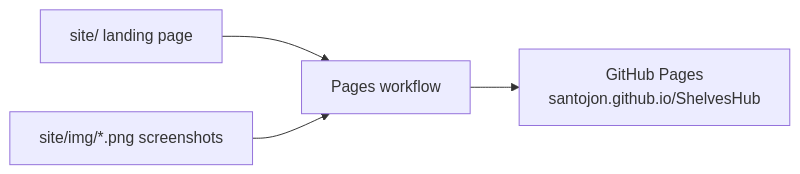
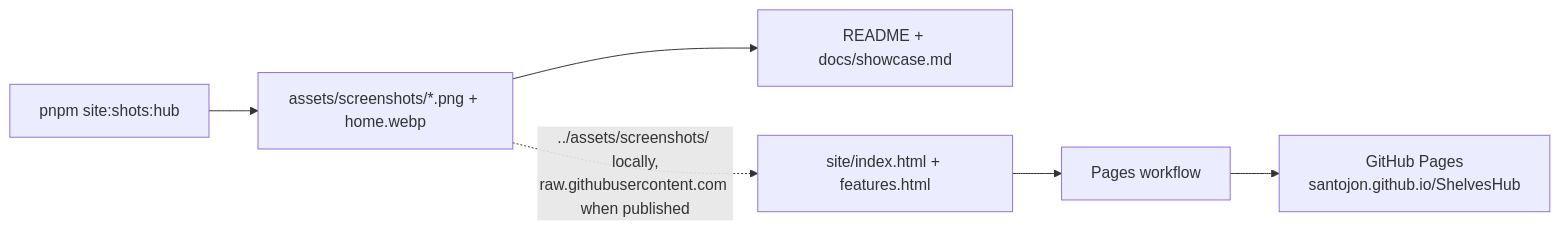
Before and after one commit to santojon/ShelvesHub: the first of 2 diagrams in docs/showcase.md, drawn with Mermaid. The commit also changed other lines of this file and 25 other files, not shown here.

````diff
--- a/docs/showcase.md
+++ b/docs/showcase.md
@@ -19,6 +24,8 @@
 ```mermaid
 flowchart LR
-  A[site/ landing page] --> P[Pages workflow]
-  I[site/img/*.png screenshots] --> P
+  C[pnpm site:shots:hub] --> A[assets/screenshots/*.png + home.webp]
+  A --> R[README + docs/showcase.md]
+  A -. "../assets/screenshots/ locally,<br/>raw.githubusercontent.com when published" .-> S[site/index.html + features.html]
+  S --> P[Pages workflow]
   P --> G[GitHub Pages<br/>santojon.github.io/ShelvesHub]
 ```
````
